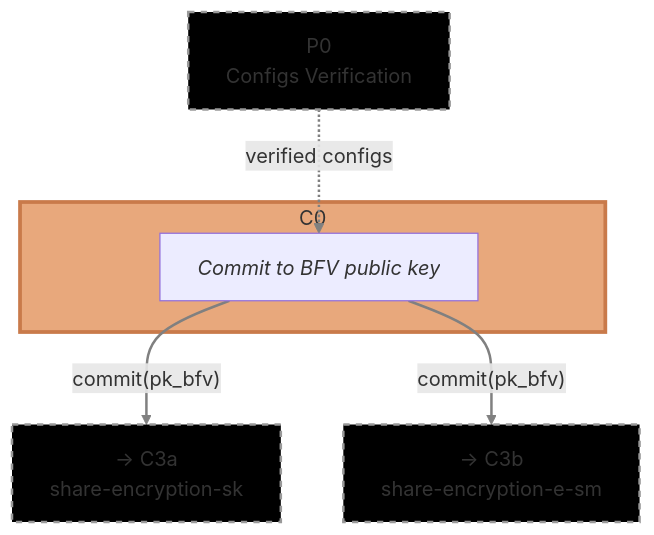
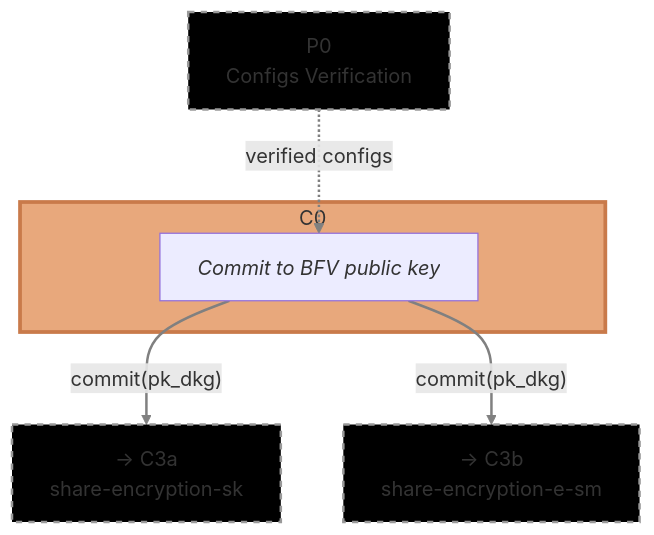
Before and after one commit to gnosisguild/enclave: the diagram in circuits/bin/dkg/pk/README.md, drawn with Mermaid. The commit also changed other lines of this file and 5 other files, not shown here.

````diff
--- a/circuits/bin/dkg/pk/README.md
+++ b/circuits/bin/dkg/pk/README.md
@@ -11,22 +11,22 @@
 ```mermaid
 flowchart TD
     %% Input from Phase 0
     Input0["P0<br>Configs Verification"] -.->|"verified configs"| C0
 
     subgraph Focus["C0"]
         C0["<i>Commit to BFV public key</i>"]
     end
 
     %% Output to C3a and C3b
-    C0 -->|"commit(pk_bfv)"| Output1["→ C3a<br>share-encryption-sk"]
-    C0 -->|"commit(pk_bfv)"| Output2["→ C3b<br>share-encryption-e-sm"]
+    C0 -->|"commit(pk_dkg)"| Output1["→ C3a<br>share-encryption-sk"]
+    C0 -->|"commit(pk_dkg)"| Output2["→ C3b<br>share-encryption-e-sm"]
 
     style Focus fill:#E8A87C,stroke:#C97A4A,stroke-width:3px
     style Input0 fill:#000000,stroke:#999,stroke-width:2px,stroke-dasharray: 5 5
     style Output1 fill:#000000,stroke:#999,stroke-width:2px,stroke-dasharray: 5 5
     style Output2 fill:#000000,stroke:#999,stroke-width:2px,stroke-dasharray: 5 5
 
     linkStyle 0 stroke:#808080,stroke-width:2px
     linkStyle 1 stroke:#808080,stroke-width:2px
     linkStyle 2 stroke:#808080,stroke-width:2px
 ```
````
